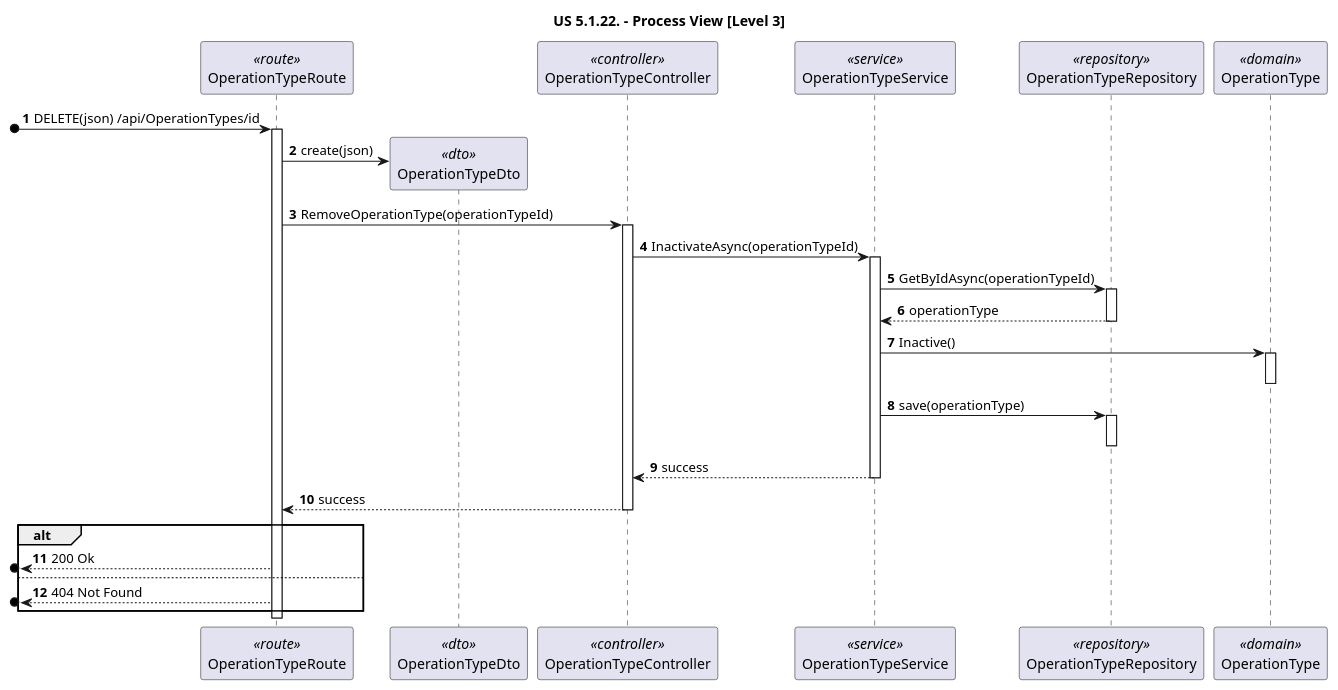
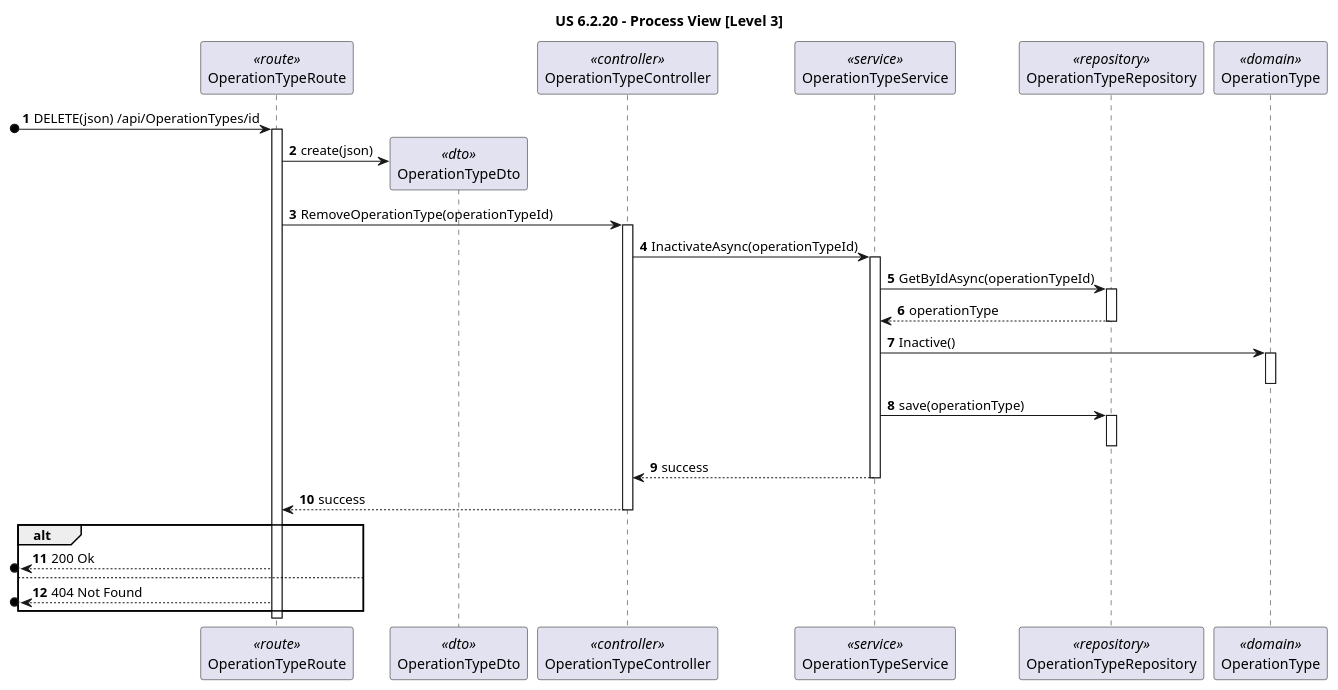
Before and after one commit to rita-barbosa/LAPR5-2425: the diagram in docs/sprint-2/1220841/us-6.2.20/diagrams/level-3-process-view-mdbackoffice.puml, drawn with PlantUML. The commit also changed 10 other files, not shown here.

Commit message:
DG38-442 | docs: corrects the titles of the process view diagrams.

```diff
--- a/docs/sprint-2/1220841/us-6.2.20/diagrams/level-3-process-view-mdbackoffice.puml
+++ b/docs/sprint-2/1220841/us-6.2.20/diagrams/level-3-process-view-mdbackoffice.puml
@@ -1,54 +1,54 @@
 @startuml
 
-title "US 5.1.22. - Process View [Level 3]"
+title "US 6.2.20 - Process View [Level 3]"
 
 autonumber
 participant "OperationTypeRoute" as ROUTE <<route>>
 participant "OperationTypeDto" as pat_dto <<dto>>
 participant "OperationTypeController" as CTRL <<controller>>
 participant "OperationTypeService" as SVC <<service>>
 participant "OperationTypeRepository" as REPO <<repository>>
 participant "OperationType" as OT <<domain>>
 
 
 [o-> ROUTE: DELETE(json) /api/OperationTypes/id
 activate ROUTE
 
 ROUTE -> pat_dto **: create(json)
 
 ROUTE -> CTRL: RemoveOperationType(operationTypeId)
 activate CTRL
 
 CTRL -> SVC: InactivateAsync(operationTypeId)
 activate SVC
 
 SVC -> REPO : GetByIdAsync(operationTypeId)
 activate REPO
 REPO --> SVC : operationType
 deactivate REPO
 
 SVC -> OT: Inactive()
 activate OT
 deactivate OT
 
 SVC -> REPO : save(operationType)
 activate REPO
 deactivate REPO
 
 SVC --> CTRL: success
 deactivate SVC
 CTRL --> ROUTE: success
 deactivate CTRL
 
 alt 
 
 [o<-- ROUTE: 200 Ok
 
 else 
 
 [o<-- ROUTE: 404 Not Found
 
 end alt
 
 deactivate ROUTE
 @enduml
```
